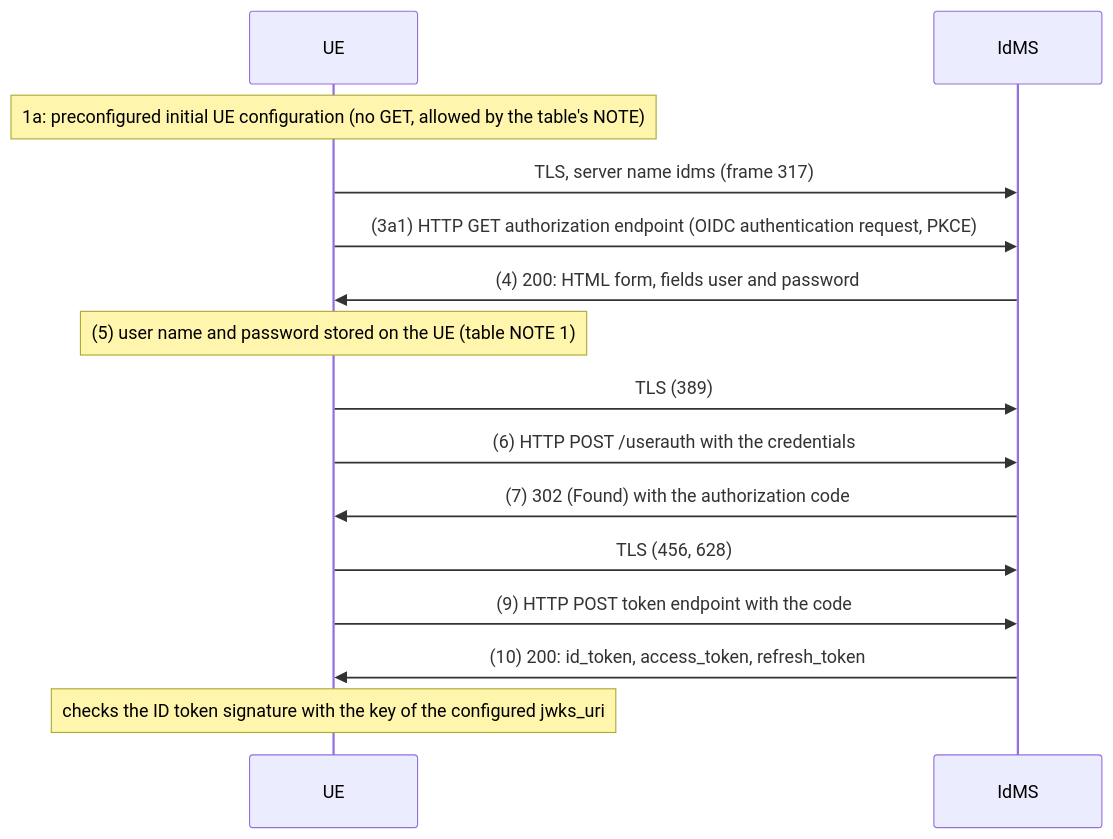
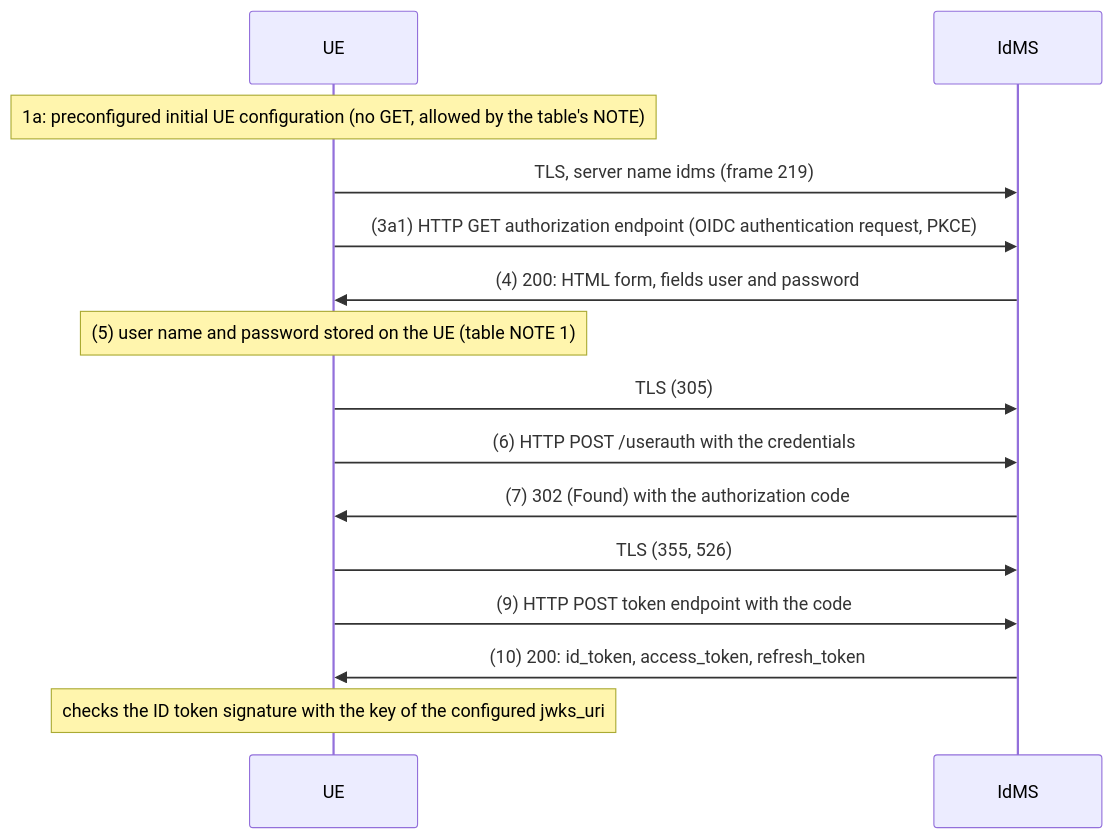
One commit to openMCX/openmcx-server changed the third of 9 diagrams in tutorials/end-to-end/10-openmcx-ue-conformance-check/CALL_FLOW.md. Above: the diagram before and after it, drawn with Mermaid. The commit also changed other lines of this file and 6 other files, not shown here.

````diff
--- a/tutorials/end-to-end/10-openmcx-ue-conformance-check/CALL_FLOW.md
+++ b/tutorials/end-to-end/10-openmcx-ue-conformance-check/CALL_FLOW.md
@@ -120,17 +120,17 @@
 ```mermaid
 sequenceDiagram
     participant UE
     participant IdMS
     Note over UE: 1a: preconfigured initial UE configuration (no GET, allowed by the table's NOTE)
-    UE->>IdMS: TLS, server name idms (frame 317)
+    UE->>IdMS: TLS, server name idms (frame 219)
     UE->>IdMS: (3a1) HTTP GET authorization endpoint (OIDC authentication request, PKCE)
     IdMS->>UE: (4) 200: HTML form, fields user and password
     Note over UE: (5) user name and password stored on the UE (table NOTE 1)
-    UE->>IdMS: TLS (389)
+    UE->>IdMS: TLS (305)
     UE->>IdMS: (6) HTTP POST /userauth with the credentials
     IdMS->>UE: (7) 302 (Found) with the authorization code
-    UE->>IdMS: TLS (456, 628)
+    UE->>IdMS: TLS (355, 526)
     UE->>IdMS: (9) HTTP POST token endpoint with the code
     IdMS->>UE: (10) 200: id_token, access_token, refresh_token
     Note over UE: checks the ID token signature with the key of the configured jwks_uri
 ```
````
